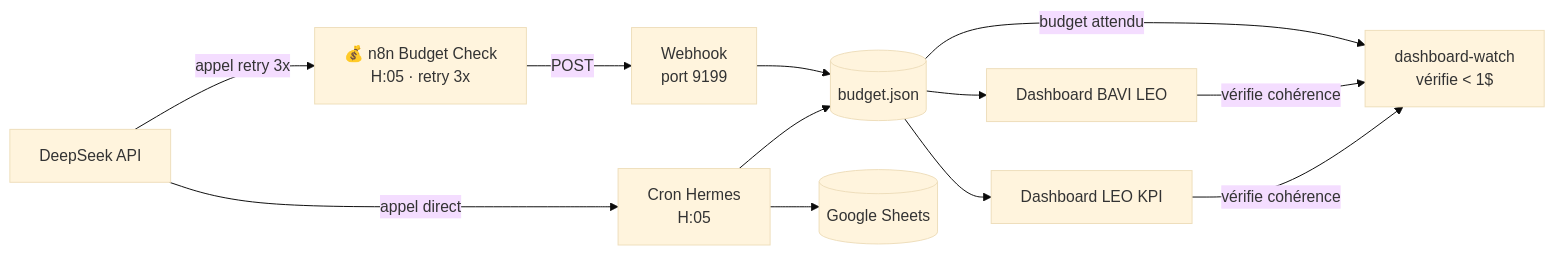
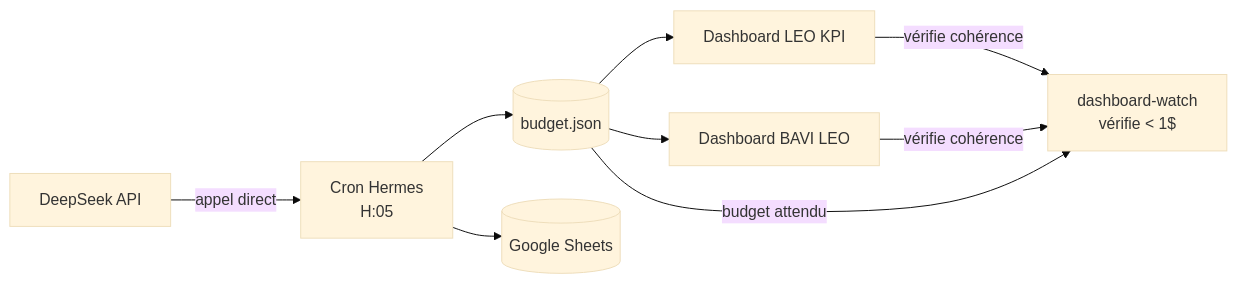
The second of 6 diagrams in docs/hermes/utilisation/architecture-leo.md (christophedanhier-hash/hermes-wiki), drawn with Mermaid (base theme) before and after one commit. The commit also changed other lines of this file, not shown here.

````diff
--- a/docs/hermes/utilisation/architecture-leo.md
+++ b/docs/hermes/utilisation/architecture-leo.md
@@ -202,24 +197,19 @@
 ```mermaid
 flowchart LR
     DS[DeepSeek API]
     HERMES[Cron Hermes<br/>H:05]
-    N8N[💰 n8n Budget Check<br/>H:05 · retry 3x]
     BJ[(budget.json)]
     GS[(Google Sheets)]
-    WH[Webhook<br/>port 9199]
     L[Dashboard LEO KPI]
     B[Dashboard BAVI LEO]
     DW[dashboard-watch<br/>vérifie < 1$]
 
     DS -->|appel direct| HERMES
-    DS -->|appel retry 3x| N8N
     HERMES --> BJ
     HERMES --> GS
-    N8N -->|POST| WH
-    WH --> BJ
     BJ --> L
     BJ --> B
     L -->|vérifie cohérence| DW
     B -->|vérifie cohérence| DW
     BJ -->|budget attendu| DW
 ```
````
